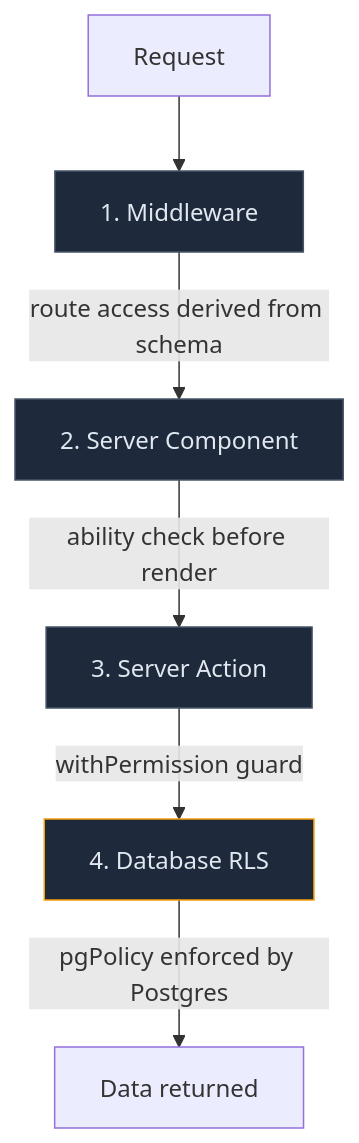
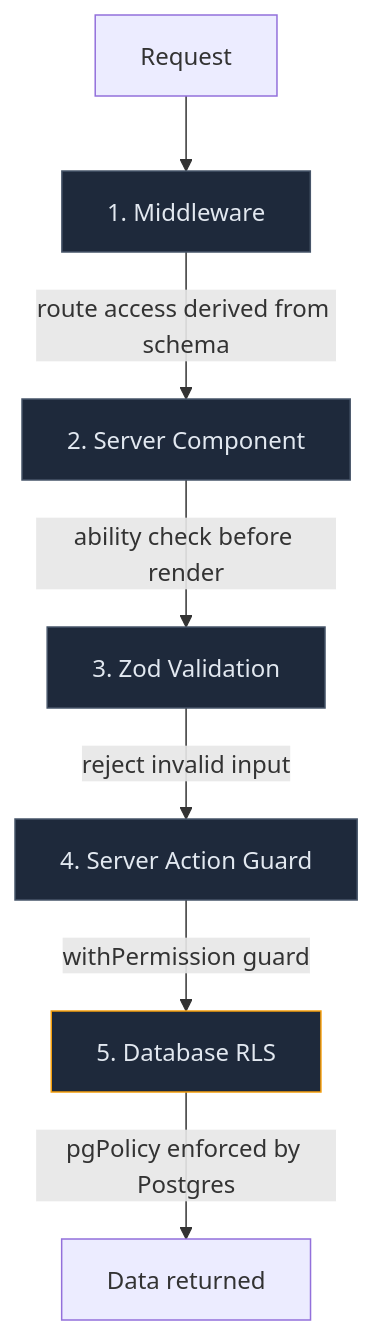
One commit to AhmedKhan-GH/polaris changed the first of 3 diagrams in centralized-permissions.md. Above: the diagram before and after it, drawn with Mermaid. The commit also changed other lines of this file, not shown here.

First line of the commit message:
Update permissions doc with Zod validation section

````diff
--- a/centralized-permissions.md
+++ b/centralized-permissions.md
@@ -85,13 +87,15 @@
 ```mermaid
 flowchart TD
     REQ[Request] --> MW[1. Middleware]
     MW -->|route access derived from schema| SC[2. Server Component]
-    SC -->|ability check before render| SA[3. Server Action]
-    SA -->|withPermission guard| DB[4. Database RLS]
+    SC -->|ability check before render| ZOD[3. Zod Validation]
+    ZOD -->|reject invalid input| SA[4. Server Action Guard]
+    SA -->|withPermission guard| DB[5. Database RLS]
     DB -->|pgPolicy enforced by Postgres| DATA[Data returned]
 
     style MW fill:#1e293b,stroke:#475569,color:#e2e8f0
     style SC fill:#1e293b,stroke:#475569,color:#e2e8f0
+    style ZOD fill:#1e293b,stroke:#475569,color:#e2e8f0
     style SA fill:#1e293b,stroke:#475569,color:#e2e8f0
     style DB fill:#1e293b,stroke:#f59e0b,color:#e2e8f0
 ```
````
